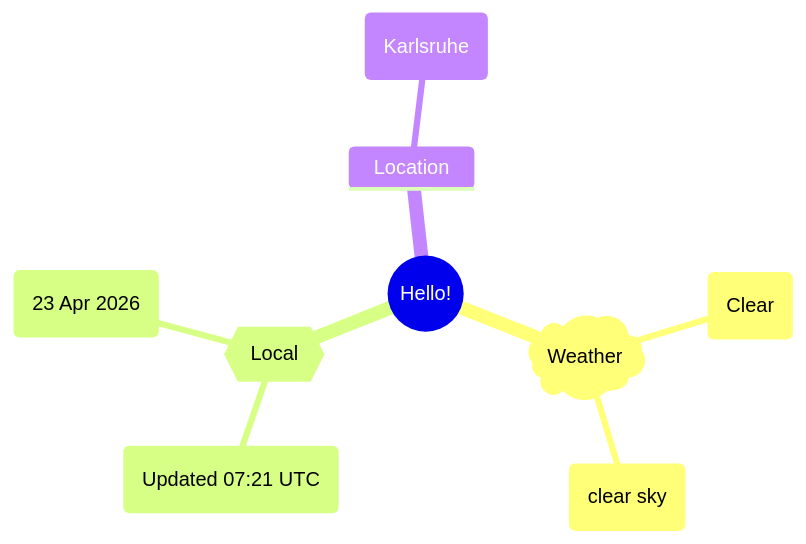
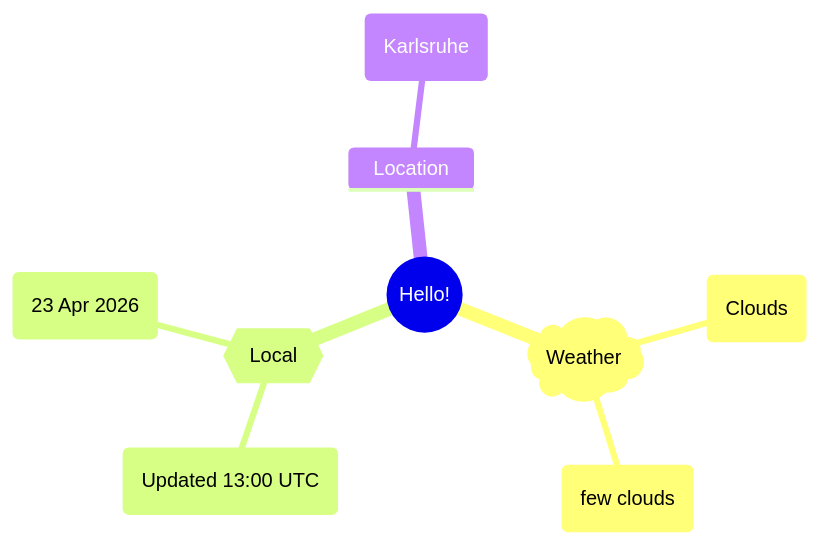
The first of 2 diagrams in README.md (Xosrov/Xosrov), drawn with Mermaid before and after one commit.

Commit message:
[bot] updated images

````diff
--- a/README.md
+++ b/README.md
@@ -3,12 +3,12 @@
 ```mermaid
 mindmap
   root((Hello!))
     )Weather(
-        (Clear)
-        (clear sky)
+        (Clouds)
+        (few clouds)
     {{Local}}
-        (Updated 07:21 UTC)
+        (Updated 13:00 UTC)
         (23 Apr 2026)
     Location
         (Karlsruhe)
 ```
````
